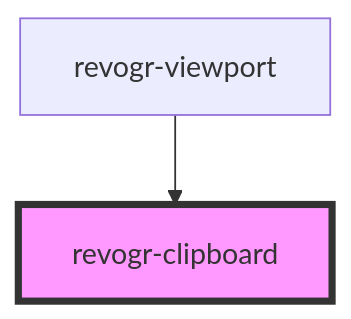
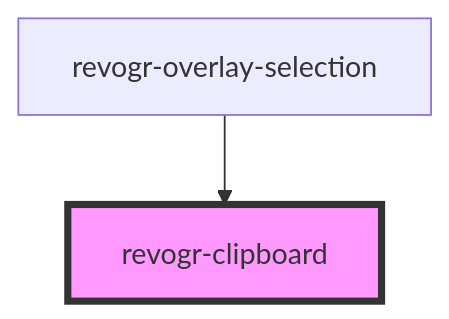
One commit to revolist/revogrid changed the diagram in src/components/clipboard/readme.md. Above: the diagram before and after it, drawn with Mermaid. The commit also changed other lines of this file and 5 other files, not shown here.

````diff
--- a/src/components/clipboard/readme.md
+++ b/src/components/clipboard/readme.md
@@ -38,5 +36,5 @@
 ```mermaid
 graph TD;
-  revogr-viewport --> revogr-clipboard
+  revogr-overlay-selection --> revogr-clipboard
   style revogr-clipboard fill:#f9f,stroke:#333,stroke-width:4px
 ```
````
